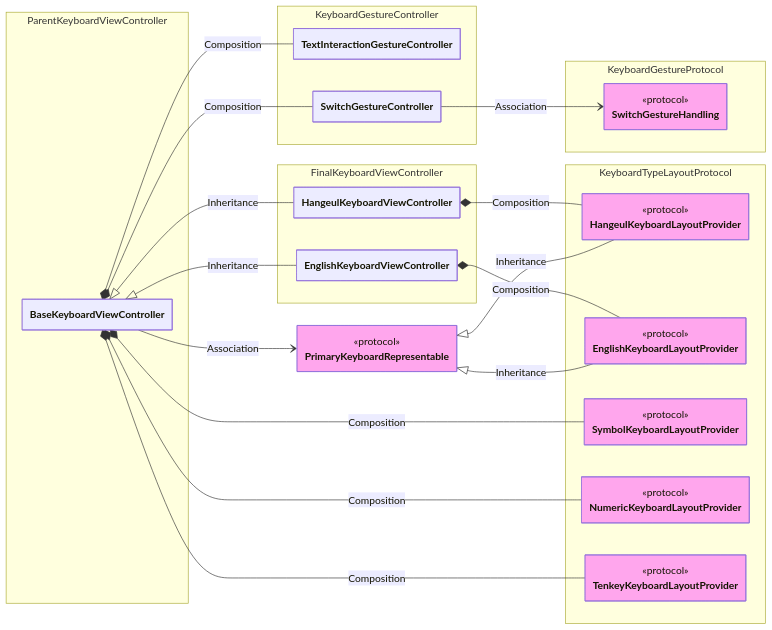
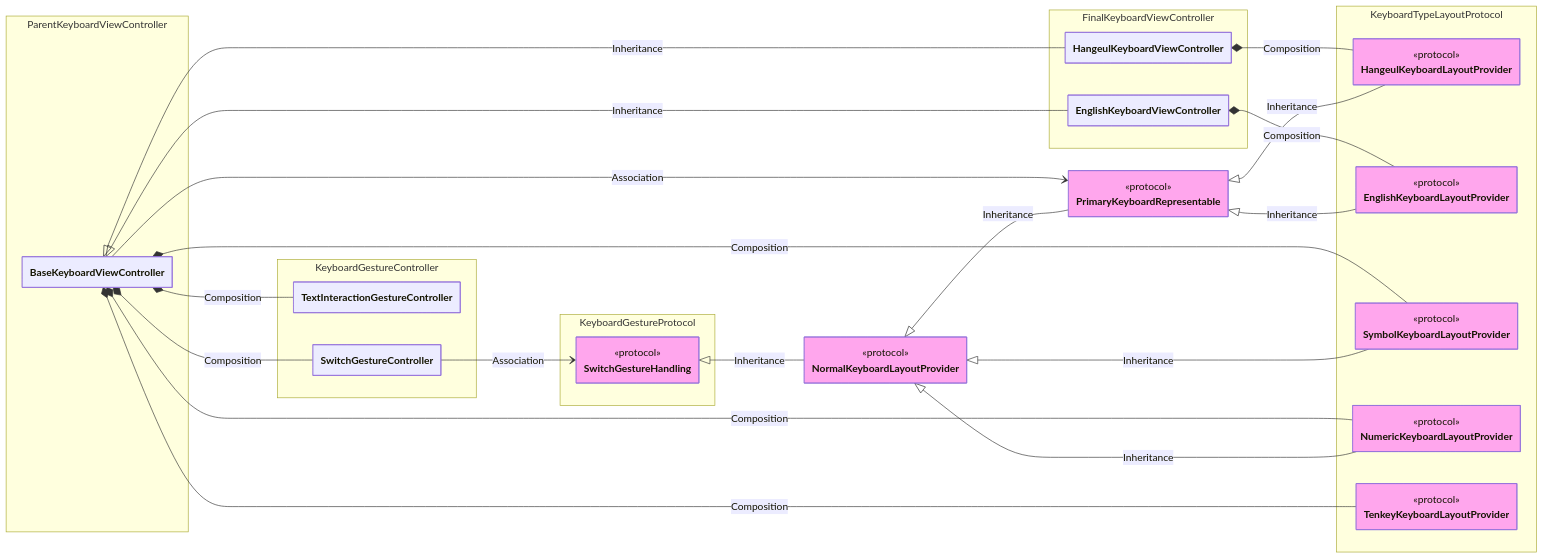
One commit to SNMac/SYKeyboard changed the first of 3 diagrams in README.md. Above: the diagram before and after it, drawn with Mermaid. The commit also changed other lines of this file, not shown here.

````diff
--- a/README.md
+++ b/README.md
@@ -360,74 +360,80 @@
 ``` mermaid
 %%{
   init: {
     "theme": "default",
     "fontFamily": "monospace",
     "elk": {
         "mergeEdges": false,
         "nodePlacementStrategy": "BRANDES_KOEPF",
         "forceNodeModelOrder": false,
         "considerModelOrder": "NODES_AND_EDGES"
     },
     "class": {
         "hideEmptyMembersBox": true
     }
   }
 }%%
 classDiagram
 direction LR
     %% Keyboard Type
     namespace KeyboardGestureController {
       class TextInteractionGestureController
       class SwitchGestureController
     }
 
     namespace KeyboardGestureProtocol {
       class SwitchGestureHandling
     }
 
     namespace KeyboardTypeLayoutProtocol {
       class HangeulKeyboardLayoutProvider
       class EnglishKeyboardLayoutProvider
       class SymbolKeyboardLayoutProvider
       class NumericKeyboardLayoutProvider
       class TenkeyKeyboardLayoutProvider
     }
 
     namespace ParentKeyboardViewController {
       class BaseKeyboardViewController
     }
 
     namespace FinalKeyboardViewController {
       class HangeulKeyboardViewController
       class EnglishKeyboardViewController
     }
 
-    class SwitchGestureHandling:::SYKeyboard_primary { <<protocol>> }
+    class NormalKeyboardLayoutProvider:::SYKeyboard_primary { <<protocol>> }
     class PrimaryKeyboardRepresentable:::SYKeyboard_primary { <<protocol>> }
     class HangeulKeyboardLayoutProvider:::SYKeyboard_primary { <<protocol>> }
     class EnglishKeyboardLayoutProvider:::SYKeyboard_primary { <<protocol>> }
     class SymbolKeyboardLayoutProvider:::SYKeyboard_primary { <<protocol>> }
     class NumericKeyboardLayoutProvider:::SYKeyboard_primary { <<protocol>> }
     class TenkeyKeyboardLayoutProvider:::SYKeyboard_primary { <<protocol>> }
+    class SwitchGestureHandling:::SYKeyboard_primary { <<protocol>> }
 
     BaseKeyboardViewController --> PrimaryKeyboardRepresentable: Association
     BaseKeyboardViewController *-- SymbolKeyboardLayoutProvider: Composition
     BaseKeyboardViewController *-- NumericKeyboardLayoutProvider: Composition
     BaseKeyboardViewController *-- TenkeyKeyboardLayoutProvider: Composition
 
+    NormalKeyboardLayoutProvider <|-- PrimaryKeyboardRepresentable: Inheritance
+    NormalKeyboardLayoutProvider <|-- SymbolKeyboardLayoutProvider: Inheritance
+    NormalKeyboardLayoutProvider <|-- NumericKeyboardLayoutProvider: Inheritance
+
     BaseKeyboardViewController *-- TextInteractionGestureController: Composition
     BaseKeyboardViewController *-- SwitchGestureController: Composition
 
+    SwitchGestureHandling <|-- NormalKeyboardLayoutProvider: Inheritance
     SwitchGestureController --> SwitchGestureHandling: Association
 
     BaseKeyboardViewController <|-- HangeulKeyboardViewController: Inheritance
     BaseKeyboardViewController <|-- EnglishKeyboardViewController: Inheritance
 
     HangeulKeyboardViewController *-- HangeulKeyboardLayoutProvider: Composition
     PrimaryKeyboardRepresentable <|-- HangeulKeyboardLayoutProvider: Inheritance
 
     EnglishKeyboardViewController *-- EnglishKeyboardLayoutProvider: Composition
     PrimaryKeyboardRepresentable <|-- EnglishKeyboardLayoutProvider: Inheritance
 
     classDef SYKeyboard_primary fill:#ffa6ed
 ```
````
